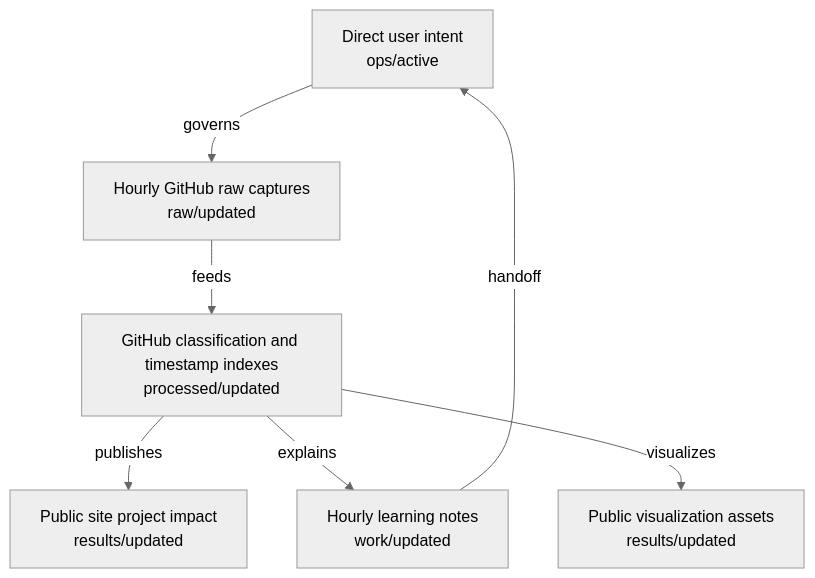
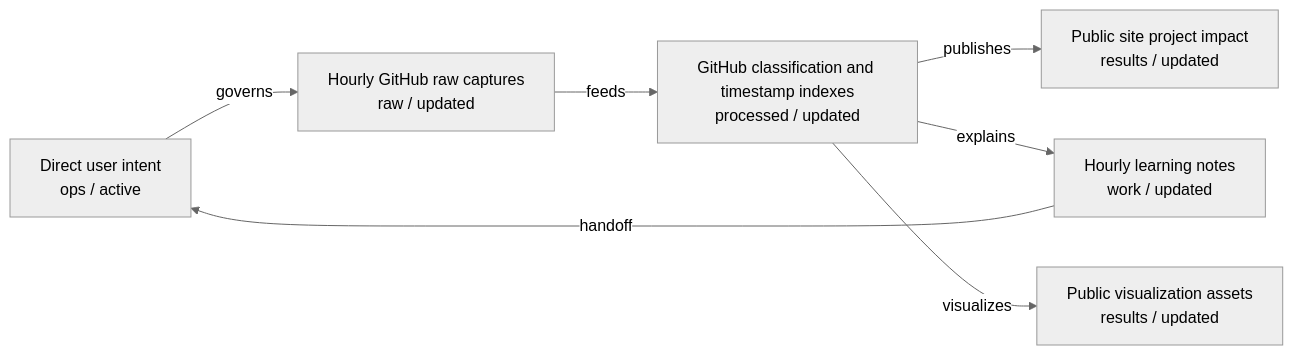
The diagram in .mermaid/current/graph.mmd (Shiyao-Huang/awesome-agent-evolution), drawn with Mermaid (neutral theme) before and after one commit. The commit also changed 38 other files, not shown here.

```diff
--- a/.mermaid/current/graph.mmd
+++ b/.mermaid/current/graph.mmd
@@ -1,13 +1,13 @@
-flowchart TD
-  intent_direct_user_input["Direct user intent\nops/active"]
-  raw_github_hourly_captures["Hourly GitHub raw captures\nraw/updated"]
-  processed_github_classification["GitHub classification and timestamp indexes\nprocessed/updated"]
-  work_learning_notes["Hourly learning notes\nwork/updated"]
-  results_public_site["Public site project impact\nresults/updated"]
-  results_public_visualizations["Public visualization assets\nresults/updated"]
+flowchart LR
+  intent_direct_user_input["Direct user intent\nops / active"]
+  raw_github_hourly_captures["Hourly GitHub raw captures\nraw / updated"]
+  processed_github_classification["GitHub classification and timestamp indexes\nprocessed / updated"]
+  work_learning_notes["Hourly learning notes\nwork / updated"]
+  results_public_site["Public site project impact\nresults / updated"]
+  results_public_visualizations["Public visualization assets\nresults / updated"]
   intent_direct_user_input -- "governs" --> raw_github_hourly_captures
   raw_github_hourly_captures -- "feeds" --> processed_github_classification
   processed_github_classification -- "publishes" --> results_public_site
   processed_github_classification -- "explains" --> work_learning_notes
   work_learning_notes -- "handoff" --> intent_direct_user_input
   processed_github_classification -- "visualizes" --> results_public_visualizations
```
